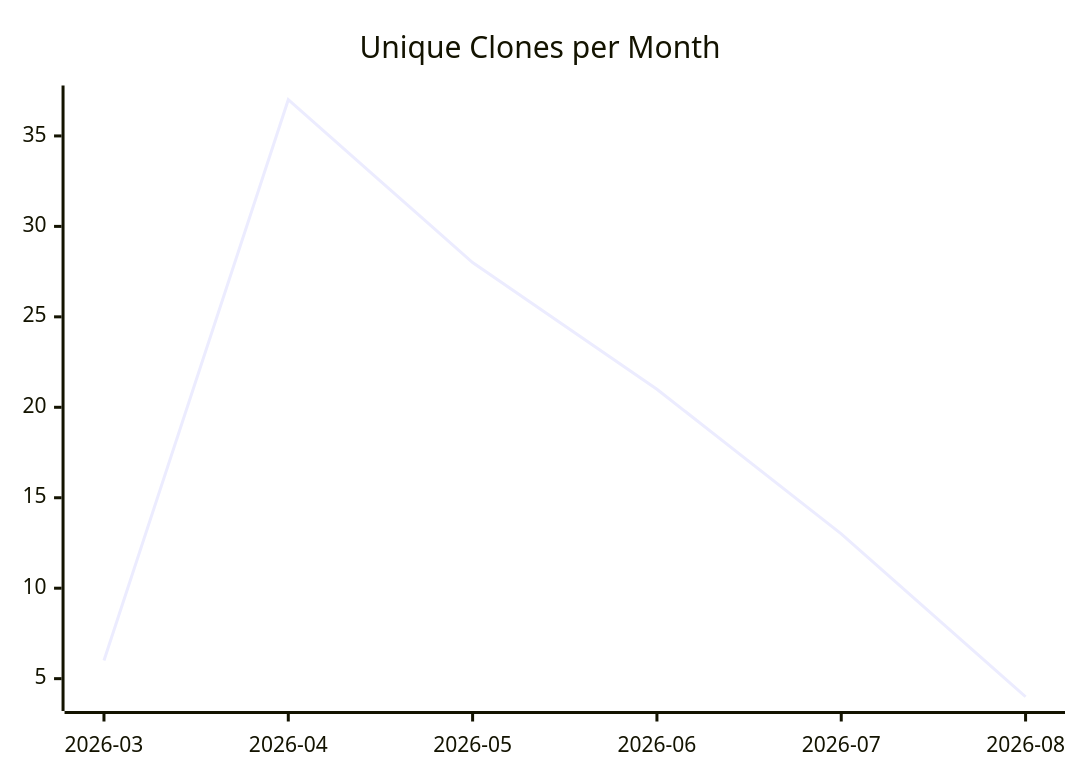
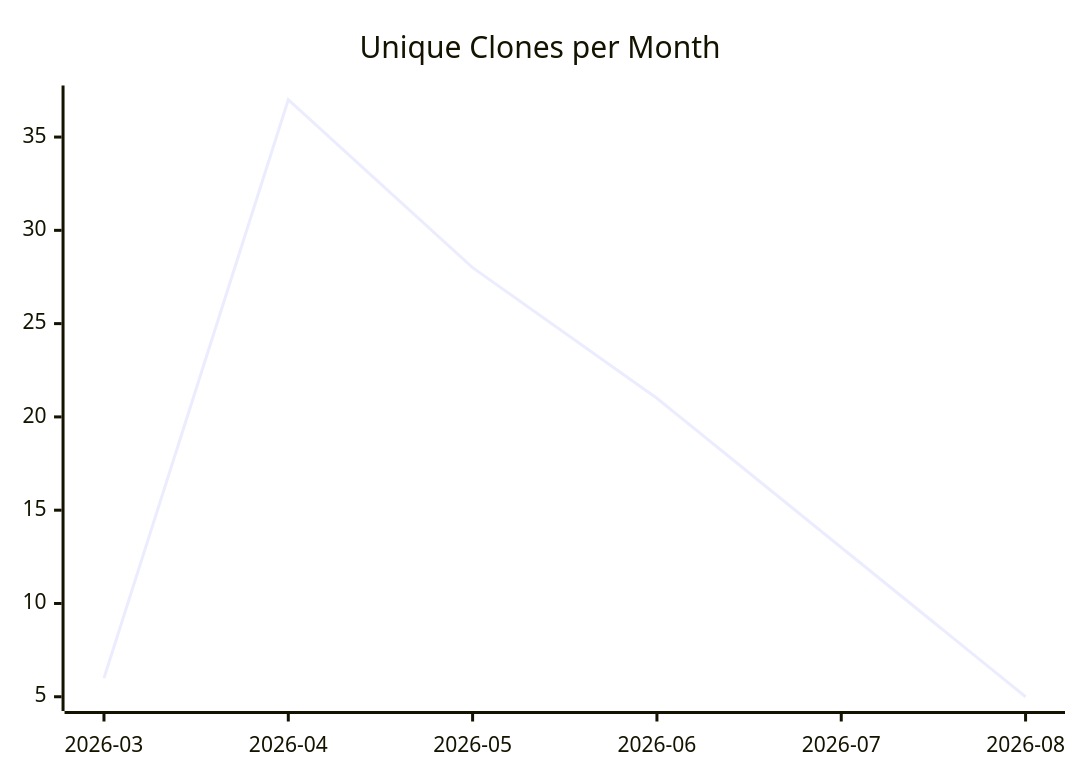
One commit to justdavis-family/github-analytics-data changed the third of 3 diagrams in karlmdavis/ansible-role-jenkins2/README.md. Above: the diagram before and after it, drawn with Mermaid. The commit also changed other lines of this file and 176 other files, not shown here.

````diff
--- a/karlmdavis/ansible-role-jenkins2/README.md
+++ b/karlmdavis/ansible-role-jenkins2/README.md
@@ -19,6 +19,6 @@
 ```mermaid
 xychart-beta
   title "Unique Clones per Month"
   x-axis ["2026-03", "2026-04", "2026-05", "2026-06", "2026-07", "2026-08"]
-  line [6, 37, 28, 21, 13, 4]
+  line [6, 37, 28, 21, 13, 5]
 ```
````
